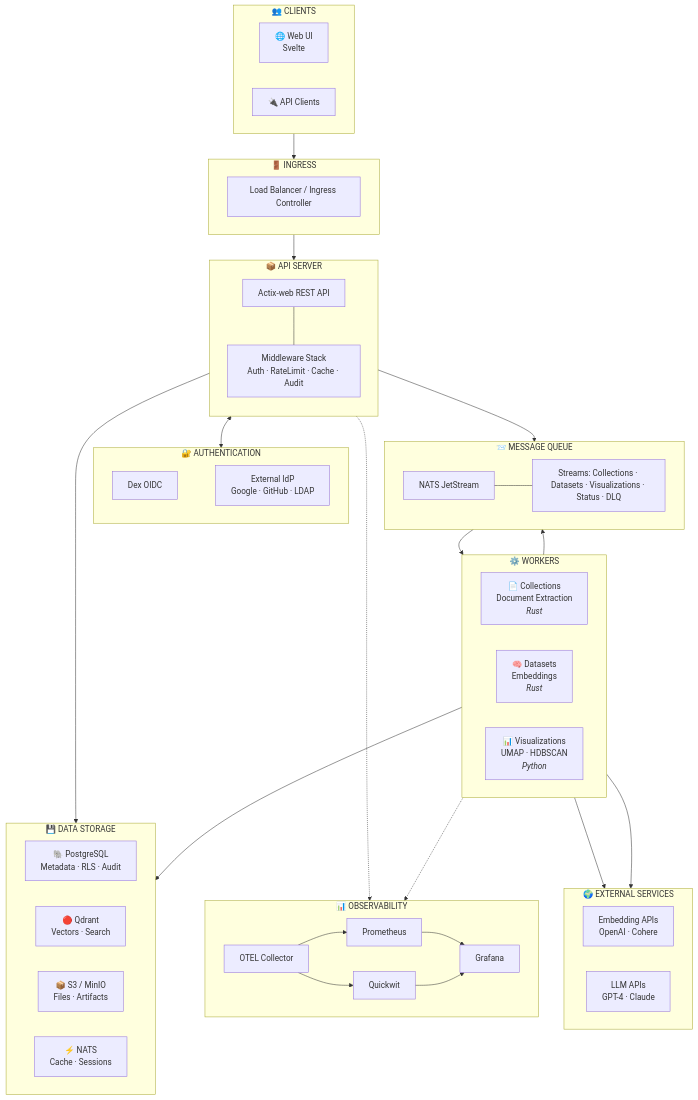
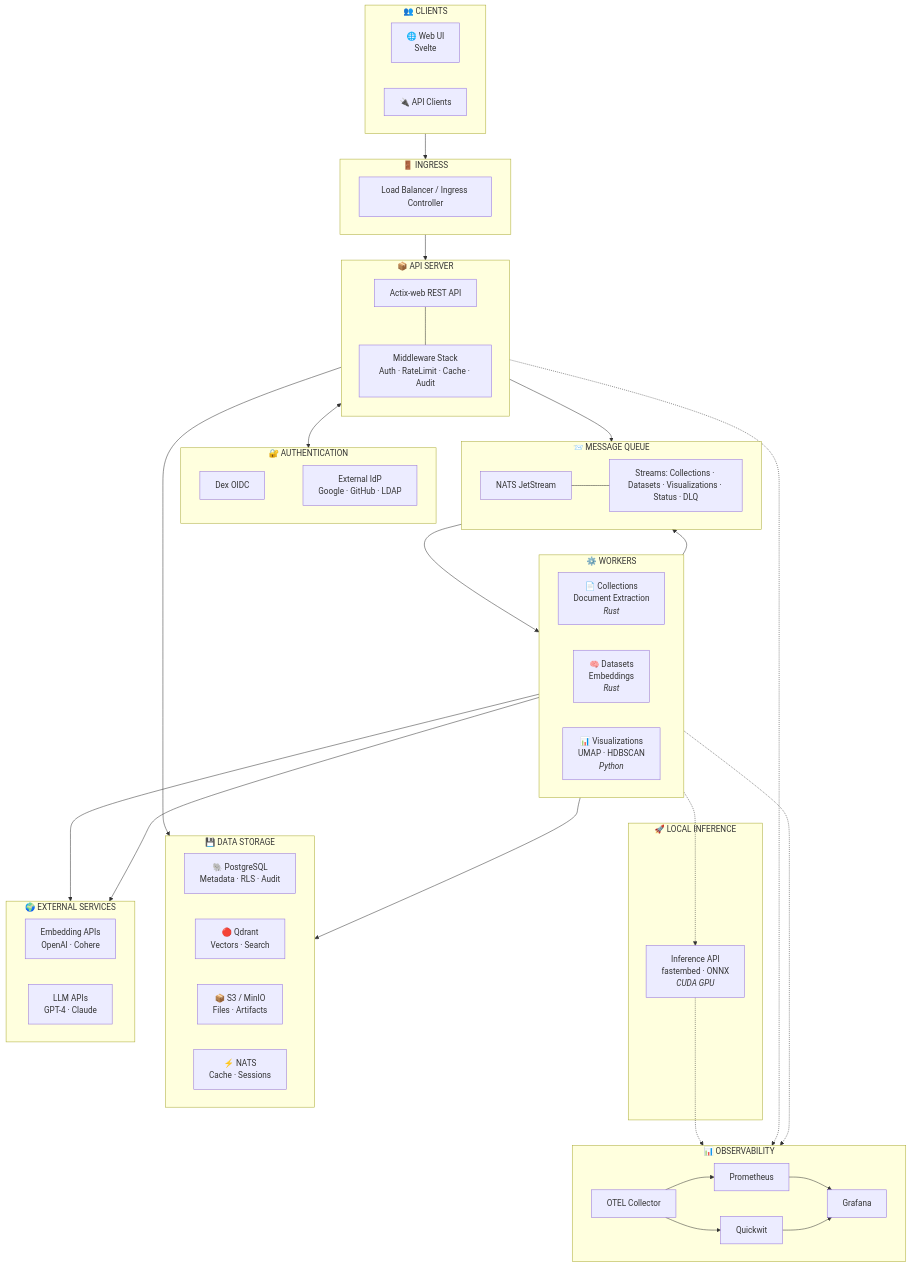
One commit to FishySoftware/semantic-explorer changed the second of 3 diagrams in README.md. Above: the diagram before and after it, drawn with Mermaid. The commit also changed other lines of this file and 92 other files, not shown here.

````diff
--- a/README.md
+++ b/README.md
@@ -117,6 +117,10 @@
         wc["📄 Collections<br/>Document Extraction<br/><i>Rust</i>"]
         wd["🧠 Datasets<br/>Embeddings<br/><i>Rust</i>"]
         wv["📊 Visualizations<br/>UMAP · HDBSCAN<br/><i>Python</i>"]
+    end
+
+    subgraph inference ["🚀 LOCAL INFERENCE"]
+        inf["Inference API<br/>fastembed · ONNX<br/><i>CUDA GPU</i>"]
     end
 
     subgraph queue ["📨 MESSAGE QUEUE"]
@@ -159,13 +163,15 @@
     api --> storage
     workers --> storage
 
-    %% External API calls
+    %% External API calls (or local inference)
     wd --> emb
+    wd -.-> inf
     wv --> llm
 
     %% Observability (dashed)
     api -.-> otel
     workers -.-> otel
+    inf -.-> otel
     otel --> prom & qw
     prom & qw --> graf
 ```
````
